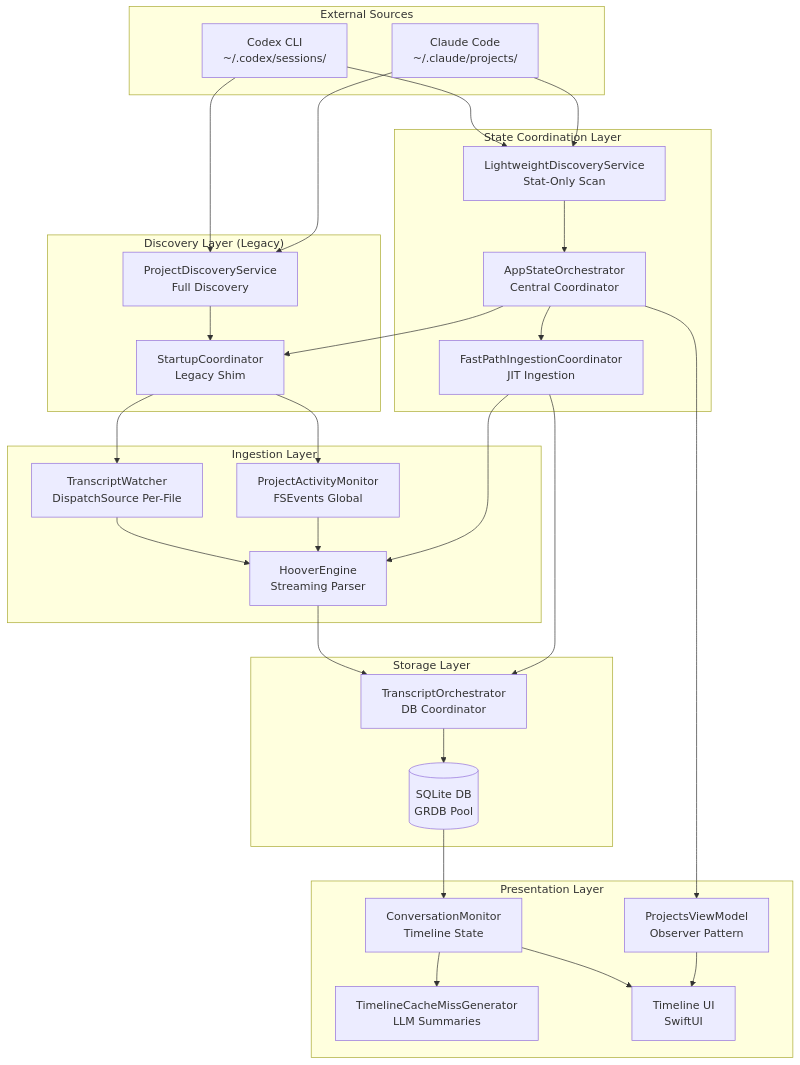
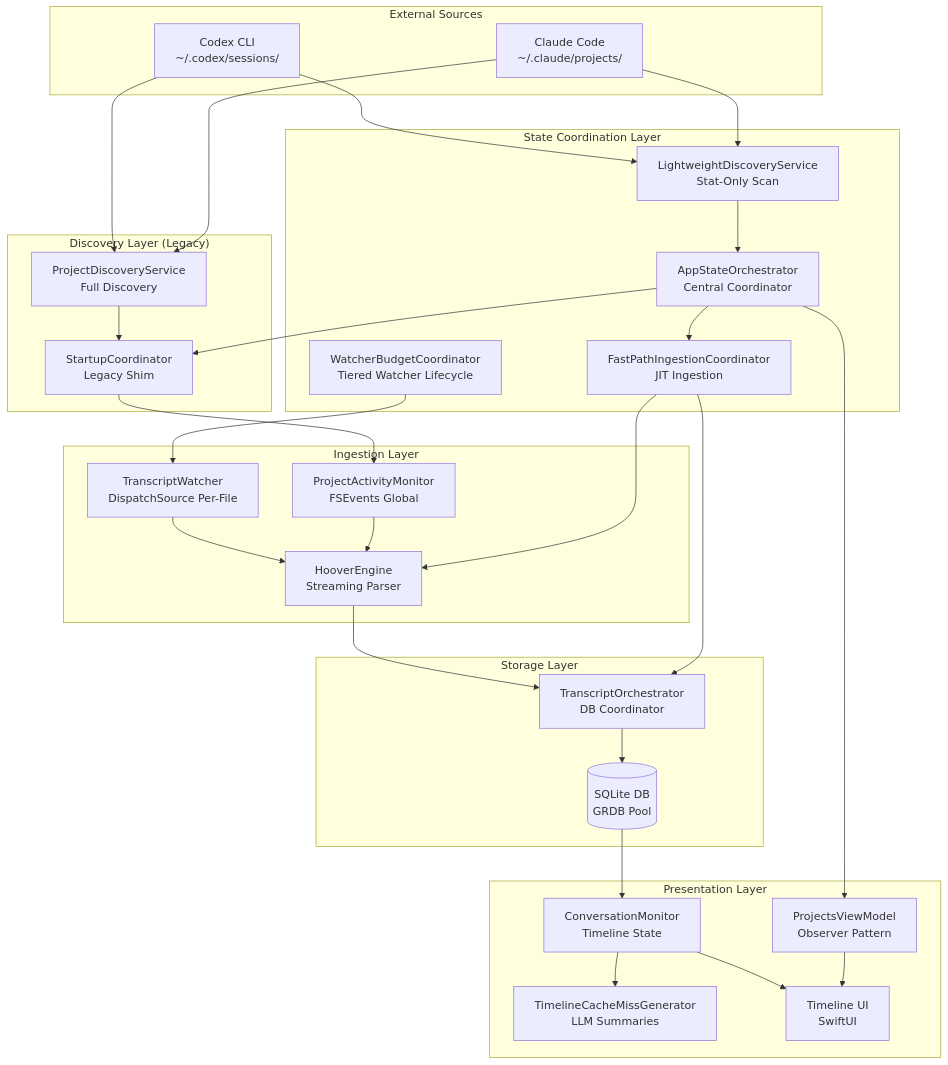
The first of 6 diagrams in build/docs/architecture/data-pipeline-architecture.md (PeterPym/contextify), drawn with Mermaid before and after one commit. The commit also changed other lines of this file and 7 other files, not shown here.

First line of the commit message:
docs(architecture): add lazy-watchers-architecture.md with diagrams

````diff
--- a/build/docs/architecture/data-pipeline-architecture.md
+++ b/build/docs/architecture/data-pipeline-architecture.md
@@ -74,65 +74,66 @@
 ```mermaid
 graph TB
     subgraph "External Sources"
         CC[Claude Code<br/>~/.claude/projects/]
         CX[Codex CLI<br/>~/.codex/sessions/]
     end
 
     subgraph "State Coordination Layer"
         ASO[AppStateOrchestrator<br/>Central Coordinator]
         LDS[LightweightDiscoveryService<br/>Stat-Only Scan]
         FPI[FastPathIngestionCoordinator<br/>JIT Ingestion]
+        WBC[WatcherBudgetCoordinator<br/>Tiered Watcher Lifecycle]
     end
 
     subgraph "Discovery Layer (Legacy)"
         SC[StartupCoordinator<br/>Legacy Shim]
         PDS[ProjectDiscoveryService<br/>Full Discovery]
     end
 
     subgraph "Ingestion Layer"
         PAM[ProjectActivityMonitor<br/>FSEvents Global]
         TW[TranscriptWatcher<br/>DispatchSource Per-File]
         HE[HooverEngine<br/>Streaming Parser]
     end
 
     subgraph "Storage Layer"
         TO[TranscriptOrchestrator<br/>DB Coordinator]
         DB[(SQLite DB<br/>GRDB Pool)]
     end
 
     subgraph "Presentation Layer"
         PVM[ProjectsViewModel<br/>Observer Pattern]
         CM[ConversationMonitor<br/>Timeline State]
         TCMG[TimelineCacheMissGenerator<br/>LLM Summaries]
         UI[Timeline UI<br/>SwiftUI]
     end
 
     CC --> LDS
     CX --> LDS
 
     LDS --> ASO
     ASO --> FPI
     ASO --> SC
     FPI --> HE
     FPI --> TO
 
     ASO --> PVM
     PVM --> UI
 
     CC --> PDS
     CX --> PDS
     PDS --> SC
 
     SC --> PAM
-    SC --> TW
+    WBC --> TW
 
     PAM --> HE
     TW --> HE
 
     HE --> TO
     TO --> DB
 
     DB --> CM
     CM --> TCMG
     CM --> UI
 ```
````
